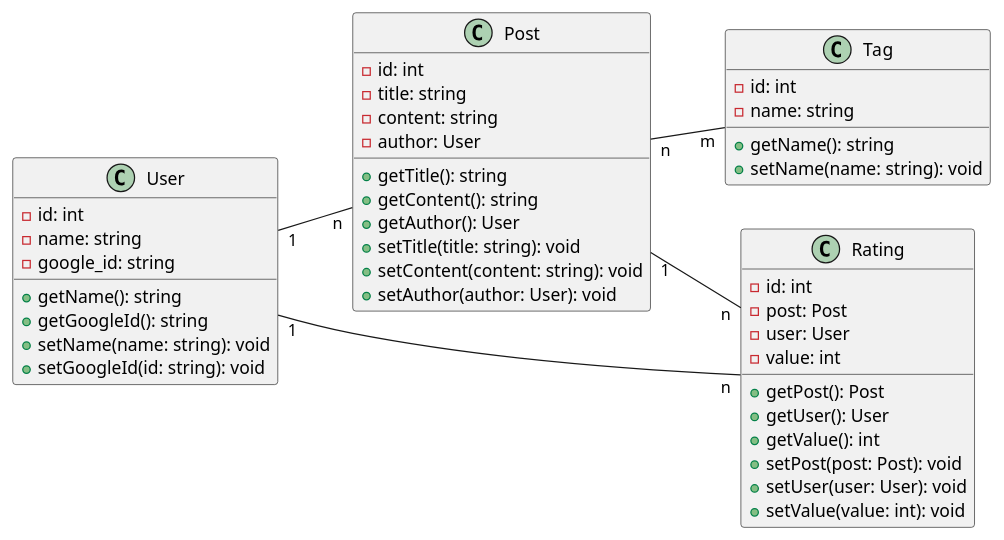
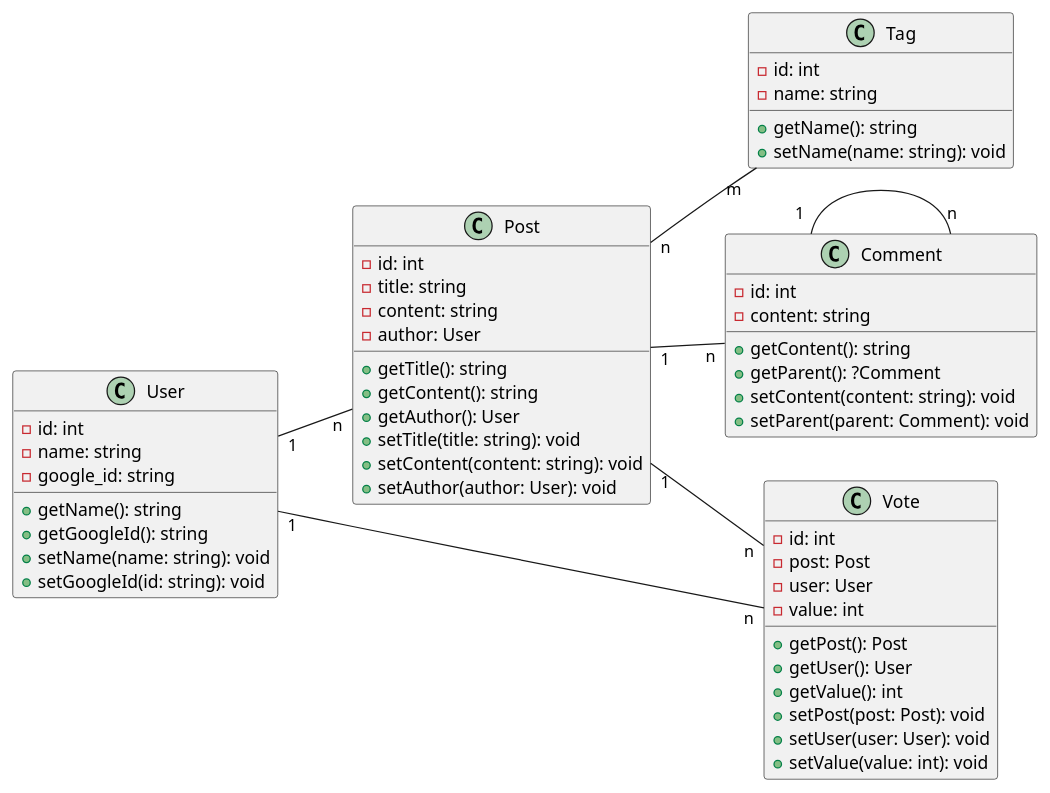
One commit to khmtk18a/slog changed the diagram in docs/src/class_analysis.plantuml. Above: the diagram before and after it, drawn with PlantUML. The commit also changed 31 other files, not shown here.

```diff
--- a/docs/src/class_analysis.plantuml
+++ b/docs/src/class_analysis.plantuml
@@ -1,52 +1,63 @@
 @startuml class_analysis
 left to right direction
 
 class User {
   - id: int
   - name: string
   - google_id: string
   + getName(): string
   + getGoogleId(): string
   + setName(name: string): void
   + setGoogleId(id: string): void
 }
 
 class Post {
   - id: int
   - title: string
   - content: string
   - author: User
   + getTitle(): string
   + getContent(): string
   + getAuthor(): User
   + setTitle(title: string): void
   + setContent(content: string): void
   + setAuthor(author: User): void
 }
 
 class Tag {
   - id: int
   - name: string
   + getName(): string
   + setName(name: string): void
 }
 
-class Rating {
+class Comment {
+    - id: int
+    - content: string
+    + getContent(): string
+    + getParent(): ?Comment
+    + setContent(content: string): void
+    + setParent(parent: Comment): void
+}
+
+class Vote {
   - id: int
   - post: Post
   - user: User
   - value: int
   + getPost(): Post
   + getUser(): User
   + getValue(): int
   + setPost(post: Post): void
   + setUser(user: User): void
   + setValue(value: int): void
 }
 
 User "1" -- "n" Post
 Post "n" -- "m" Tag
-User "1" -- "n" Rating
-Post "1" -- "n" Rating
+User "1" -- "n" Vote
+Post "1" -- "n" Vote
+Post "1" -- "n" Comment
+Comment "1" -- "n" Comment
 
 @enduml
```
